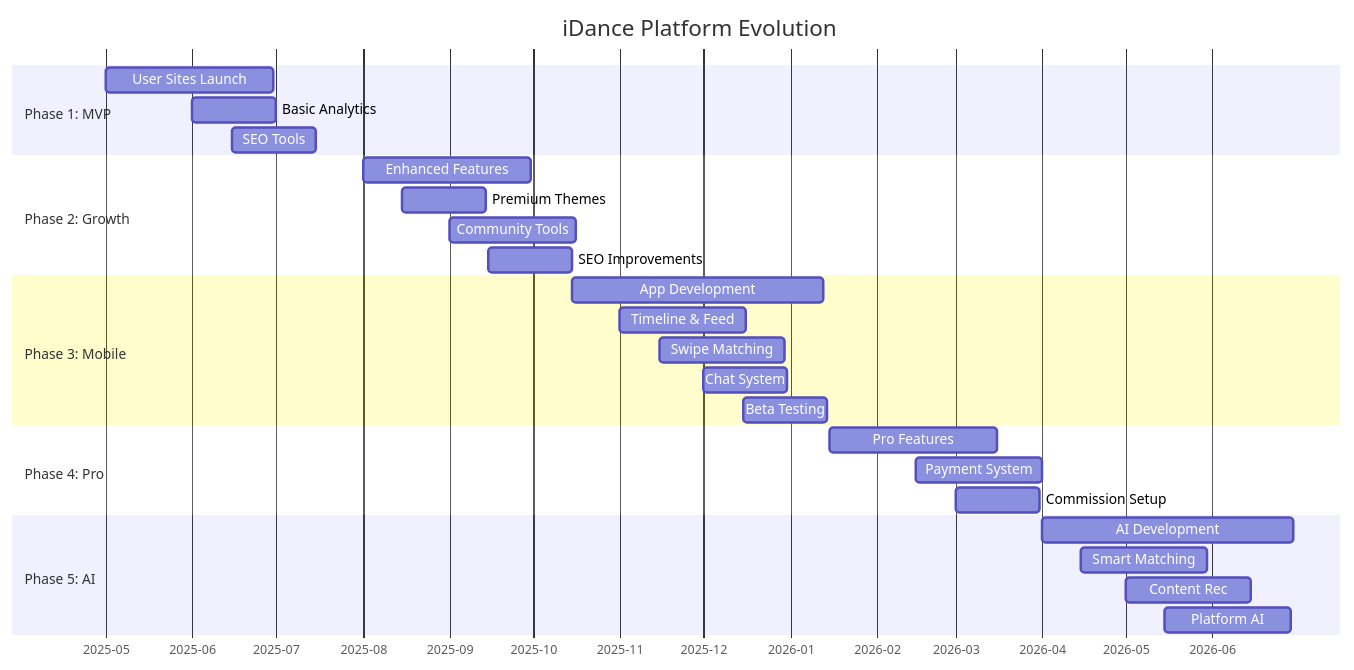
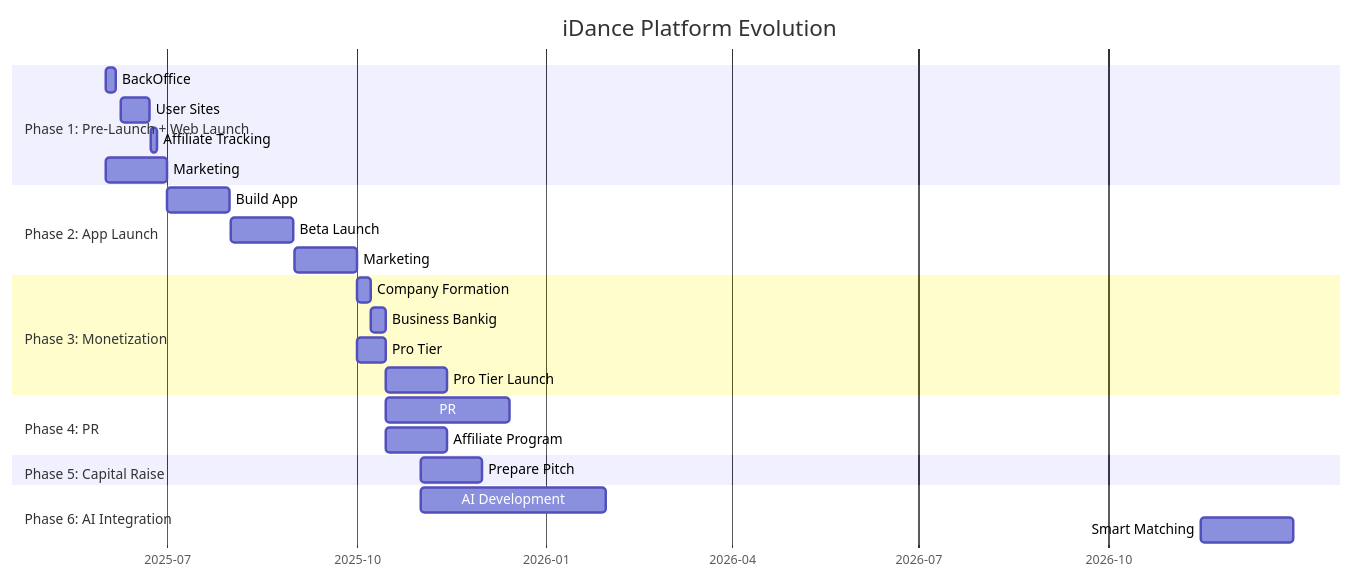
One commit to i-live/idance-backend changed the diagram in roadmap.md. Above: the diagram before and after it, drawn with Mermaid. The commit also changed other lines of this file, not shown here.

Commit message:
roadmap revamped

````diff
--- a/roadmap.md
+++ b/roadmap.md
@@ -5,35 +5,34 @@
 ```mermaid
 gantt
     title iDance Platform Evolution
     dateFormat YYYY-MM-DD
     axisFormat %Y-%m
     
-    section Phase 1: MVP
-    User Sites Launch    :2025-05-01, 60d
-    Basic Analytics     :2025-06-01, 30d
-    SEO Tools          :2025-06-15, 30d
+    section Phase 1: Pre-Launch + Web Launch
+    BackOffice  :2025-06-01, 5d
+    User Sites    :2025-06-08, 14d
+    Affiliate Tracking     :2025-06-23, 3d
+    Marketing      :2025-06-01, 30d
     
-    section Phase 2: Growth
-    Enhanced Features   :2025-08-01, 60d
-    Premium Themes     :2025-08-15, 30d
-    Community Tools    :2025-09-01, 45d
-    SEO Improvements   :2025-09-15, 30d
+    section Phase 2: App Launch
+    Build App   :2025-07-01, 30d
+    Beta Launch     :2025-08-01, 30d
+    Marketing    :2025-09-01, 30d
+
+    section Phase 3: Monetization
+    Company Formation    :2025-10-01, 7d
+    Business Bankig    :2025-10-08, 7d
+    Pro Tier    :2025-10-01, 14d
+    Pro Tier Launch       :2025-10-15, 30d
     
-    section Phase 3: Mobile
-    App Development    :2025-10-15, 90d
-    Timeline & Feed    :2025-11-01, 45d
-    Swipe Matching    :2025-11-15, 45d
-    Chat System       :2025-12-01, 30d
-    Beta Testing      :2025-12-15, 30d
+    section Phase 4: PR
+    PR      :2025-10-15, 60d
+    Affiliate Program    :2025-10-15, 30d
     
-    section Phase 4: Pro
-    Pro Features      :2026-01-15, 60d
-    Payment System    :2026-02-15, 45d
-    Commission Setup  :2026-03-01, 30d
+    section Phase 5: Capital Raise
+    Prepare Pitch    :2025-11-01, 30d
     
-    section Phase 5: AI
-    AI Development    :2026-04-01, 90d
-    Smart Matching    :2026-04-15, 45d
-    Content Rec      :2026-05-01, 45d
-    Platform AI      :2026-05-15, 45d
+    section Phase 6: AI Integration
+    AI Development    :2025-11-01, 90d
+    Smart Matching    :2026-11-15, 45d
 ```
````
